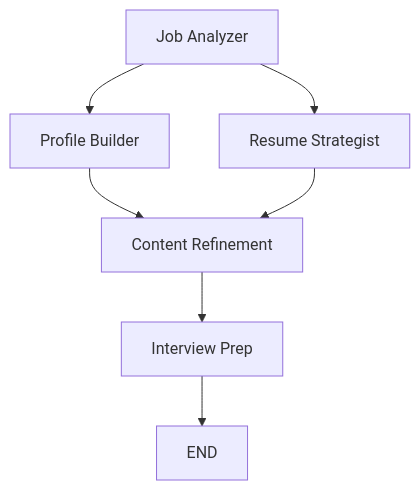
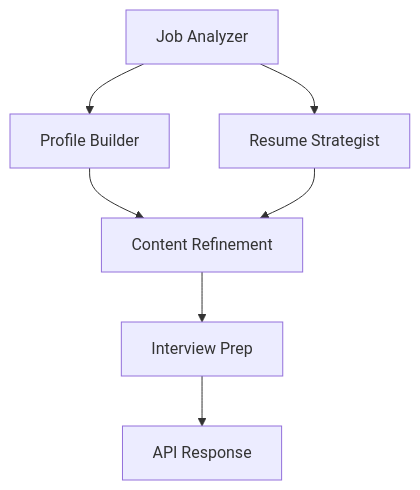
Before and after one commit to damian-r-s/multi-agent-career-assistant: the diagram in README.md, drawn with Mermaid. The commit also changed other lines of this file and 2 other files, not shown here.

````diff
--- a/README.md
+++ b/README.md
@@ -30,9 +38,9 @@
 ```mermaid
 graph TD
     A[Job Analyzer] --> B[Profile Builder]
     A --> C[Resume Strategist]
     B --> D[Content Refinement]
     C --> D
     D --> E[Interview Prep]
-    E --> F[END]
+    E --> F[API Response]
 ```
````
